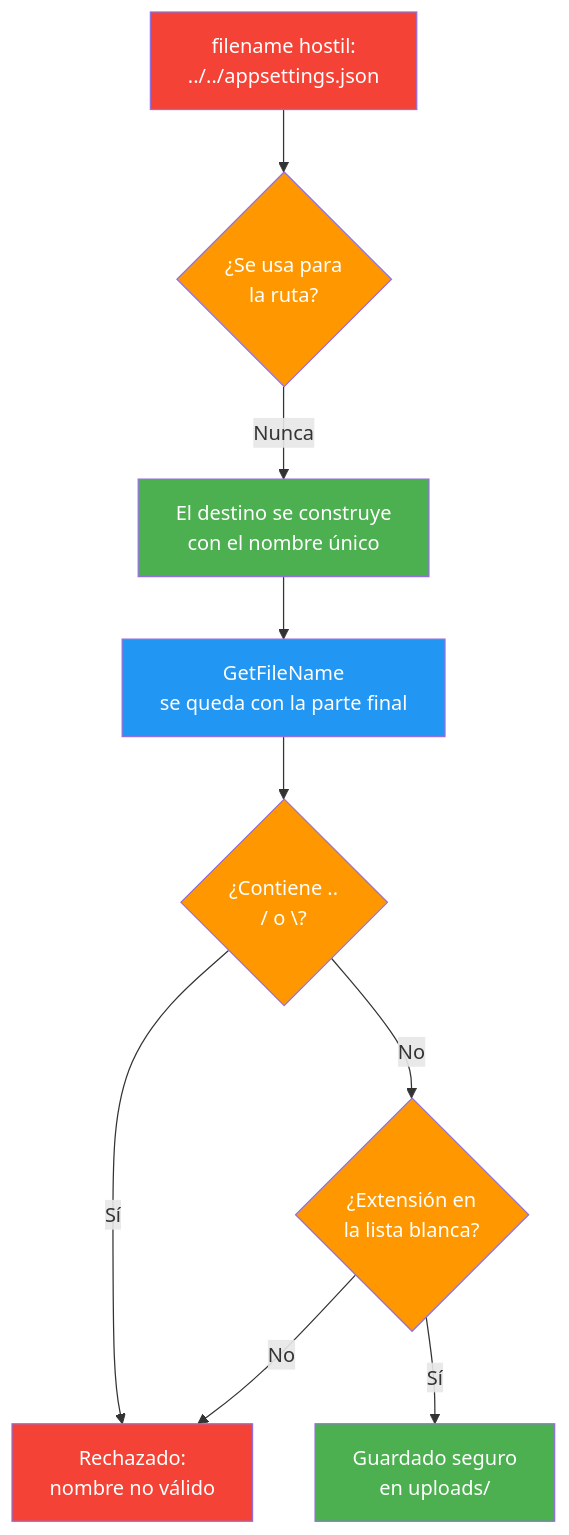
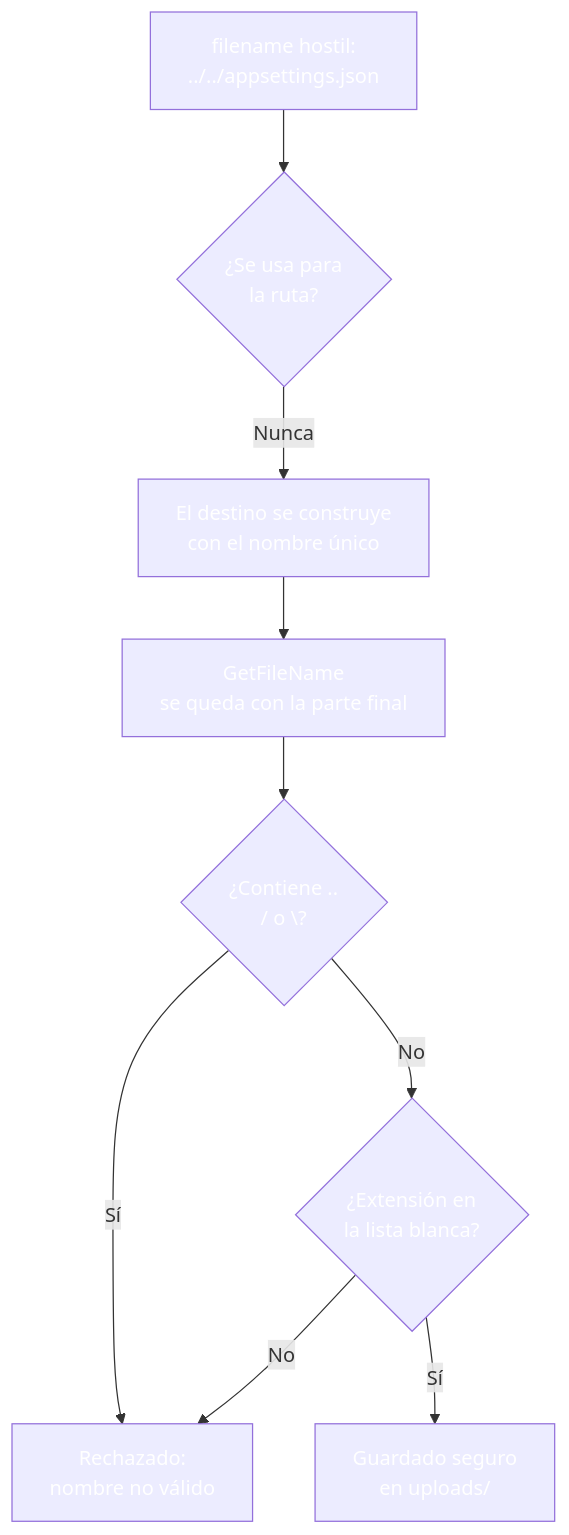
Before and after one commit to joseluisgs/DesarrolloWebEntornosServidor-03-2026-2027: the second of 2 diagrams in 16-ficheros-almacenamiento.md, drawn with Mermaid. The commit also changed other lines of this file and 30 other files, not shown here.

````diff
--- a/16-ficheros-almacenamiento.md
+++ b/16-ficheros-almacenamiento.md
@@ -236,19 +236,19 @@
 ```mermaid
 graph TD
     A["filename hostil:<br/>../../appsettings.json"] --> B{"¿Se usa para<br/>la ruta?"}
     B -->|"Nunca"| C["El destino se construye<br/>con el nombre único"]
     C --> D["GetFileName<br/>se queda con la parte final"]
     D --> E{"¿Contiene ..<br/>/ o \?"}
     E -->|Sí| F["Rechazado:<br/>nombre no válido"]
     E -->|No| G{"¿Extensión en<br/>la lista blanca?"}
     G -->|No| F
     G -->|Sí| H["Guardado seguro<br/>en uploads/"]
-    style A fill:#f44336,color:#fff
-    style B fill:#FF9800,color:#fff
-    style C fill:#4CAF50,color:#fff
-    style D fill:#2196F3,color:#fff
-    style E fill:#FF9800,color:#fff
-    style F fill:#f44336,color:#fff
-    style G fill:#FF9800,color:#fff
-    style H fill:#4CAF50,color:#fff
+    style A fill:#f4433,color:#fff6,color:#fff
+    style B fill:#FF980,color:#fff0,color:#fff
+    style C fill:#4CAF5,color:#fff0,color:#fff
+    style D fill:#2196F,color:#fff3,color:#fff
+    style E fill:#FF980,color:#fff0,color:#fff
+    style F fill:#f4433,color:#fff6,color:#fff
+    style G fill:#FF980,color:#fff0,color:#fff
+    style H fill:#4CAF5,color:#fff0,color:#fff
 ```
````
